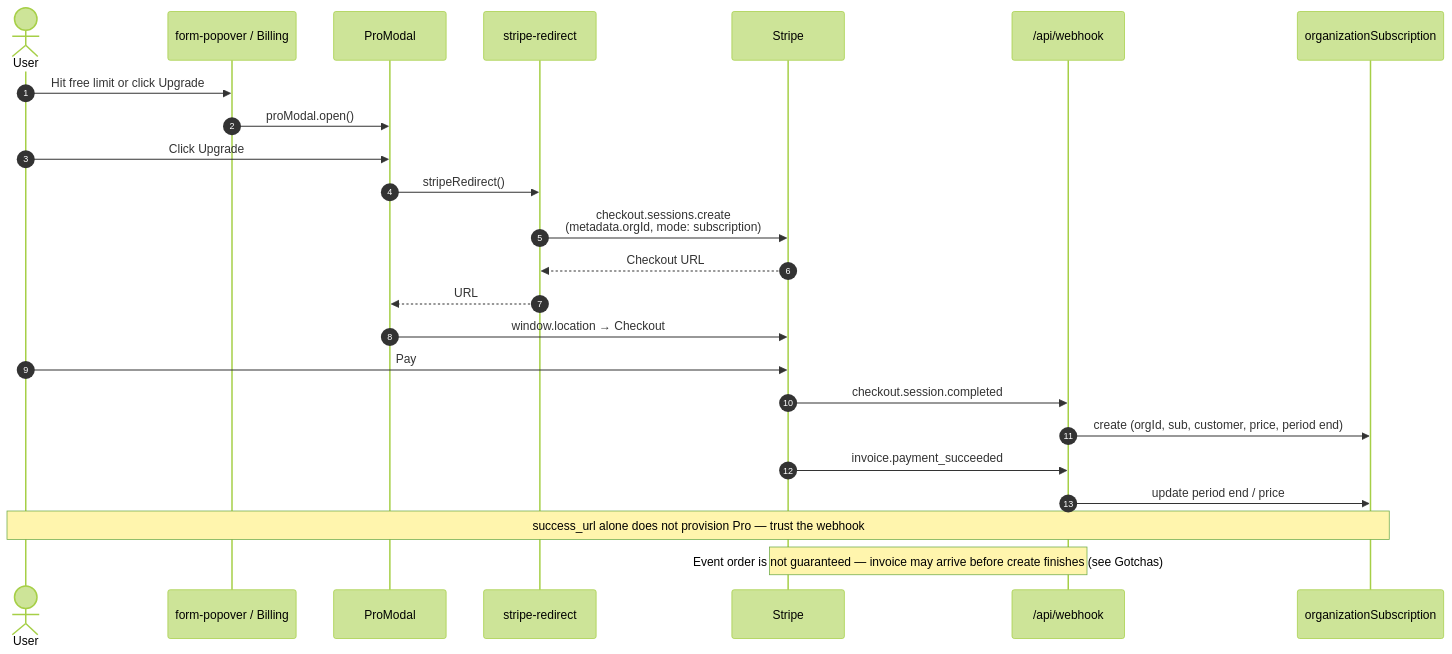
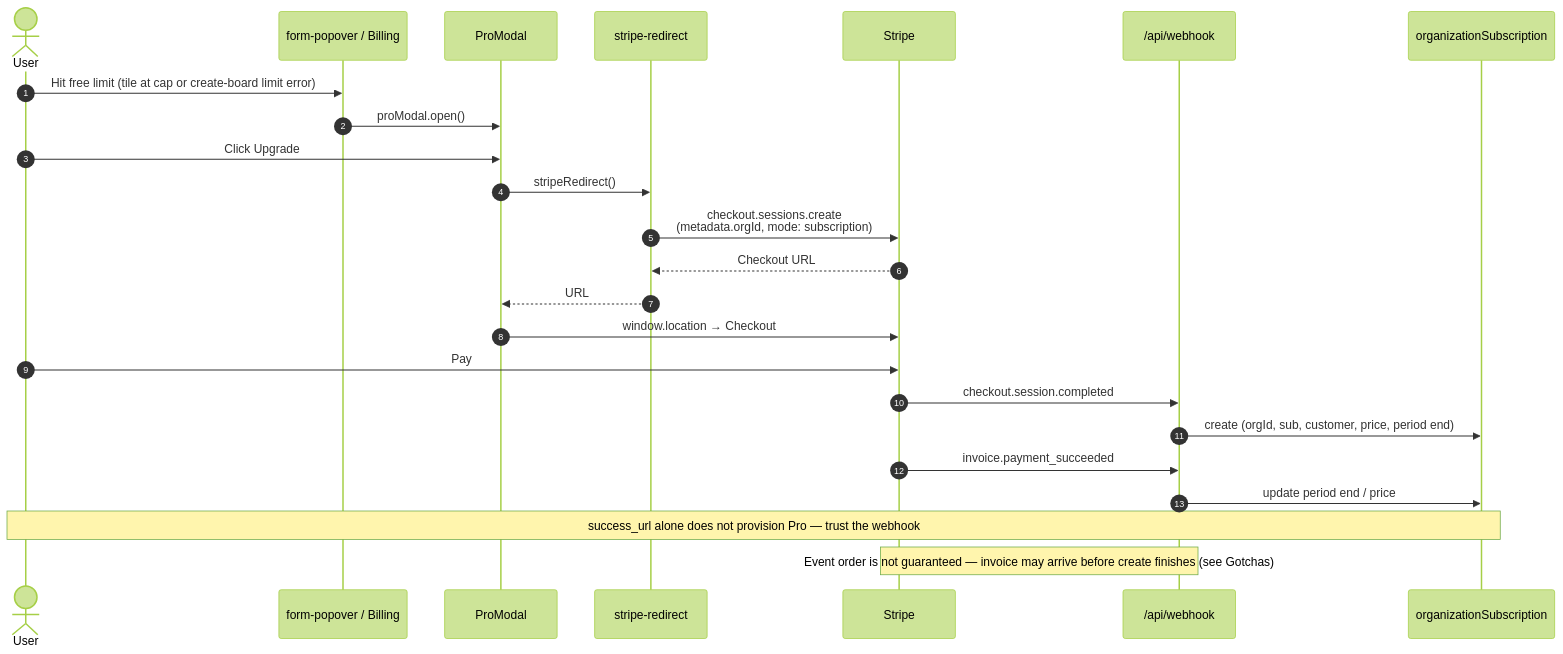
Before and after one commit to manhcuongdtbk/taskify: the fifth of 7 diagrams in docs/billing.md, drawn with Mermaid (forest theme). The commit also changed other lines of this file and 13 other files, not shown here.

Commit message:
Align Free-plan create UI with the atomic cap and keep Prisma P2002 out of domain errors.

````diff
--- a/docs/billing.md
+++ b/docs/billing.md
@@ -231,27 +231,27 @@
 ```mermaid
 sequenceDiagram
   autonumber
   actor User
   participant UI as form-popover / Billing
   participant Modal as ProModal
   participant Action as stripe-redirect
   participant Stripe as Stripe
   participant Webhook as /api/webhook
   participant DB as organizationSubscription
 
-  User->>UI: Hit free limit or click Upgrade
+  User->>UI: Hit free limit (tile at cap or create-board limit error)
   UI->>Modal: proModal.open()
   User->>Modal: Click Upgrade
   Modal->>Action: stripeRedirect()
   Action->>Stripe: checkout.sessions.create<br/>(metadata.orgId, mode: subscription)
   Stripe-->>Action: Checkout URL
   Action-->>Modal: URL
   Modal->>Stripe: window.location → Checkout
   User->>Stripe: Pay
   Stripe->>Webhook: checkout.session.completed
   Webhook->>DB: create (orgId, sub, customer, price, period end)
   Stripe->>Webhook: invoice.payment_succeeded
   Webhook->>DB: update period end / price
   Note over User,DB: success_url alone does not provision Pro — trust the webhook
   Note over Stripe,Webhook: Event order is not guaranteed — invoice may arrive before create finishes (see Gotchas)
 ```
````
